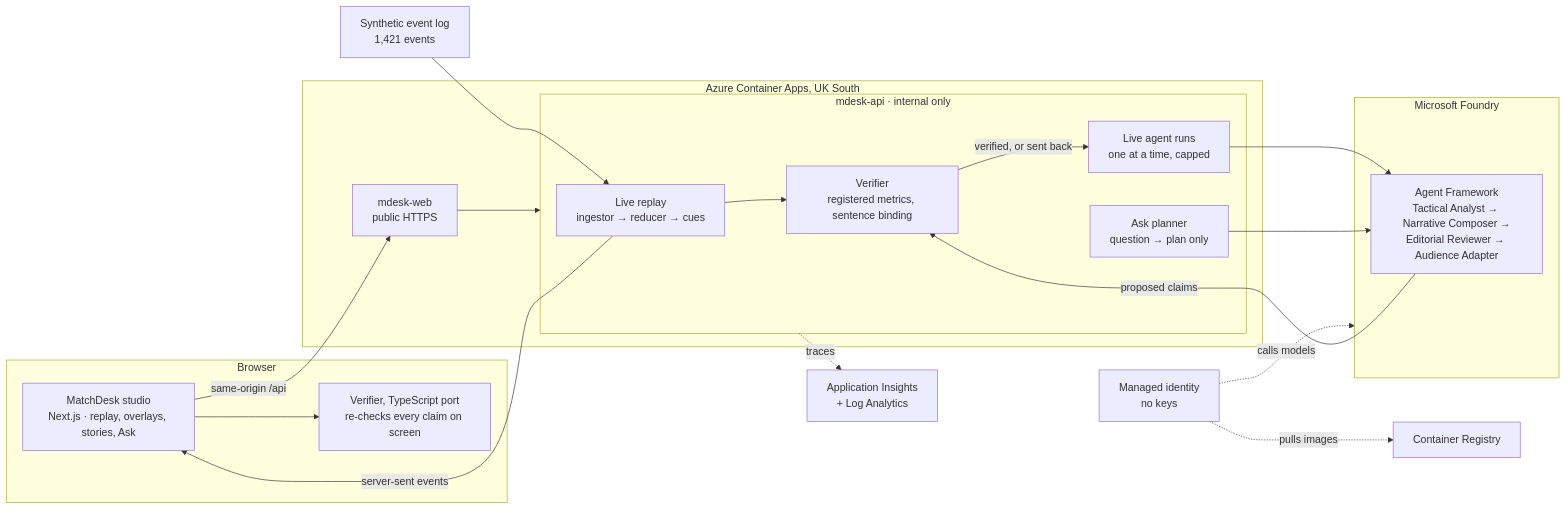
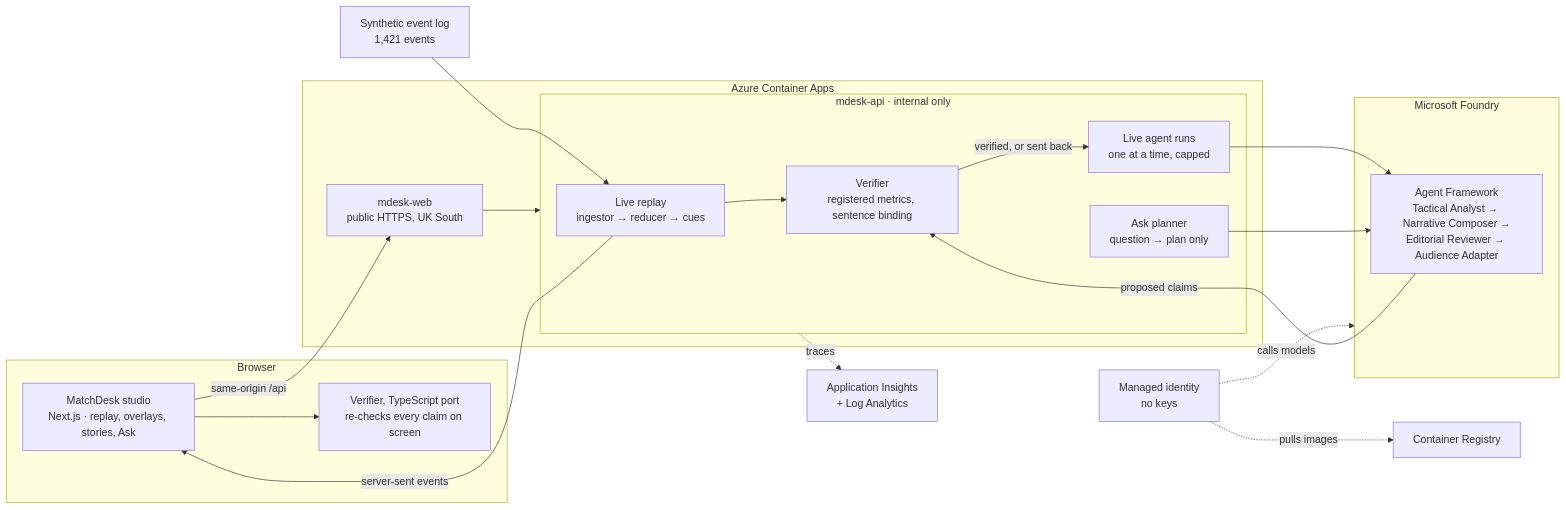
Before and after one commit to GOkwori/matchdesk: the diagram in README.md, drawn with Mermaid. The commit also changed other lines of this file and 9 other files, not shown here.

First line of the commit message:
Render Mermaid diagrams as images

````diff
--- a/README.md
+++ b/README.md
@@ -78,35 +83,35 @@
 ```mermaid
 flowchart LR
     subgraph Browser["Browser"]
         UI["MatchDesk studio<br/>Next.js · replay, overlays, stories, Ask"]
         BV["Verifier, TypeScript port<br/>re-checks every claim on screen"]
     end
-    subgraph ACA["Azure Container Apps, UK South"]
-        WEB["mdesk-web<br/>public HTTPS"]
+    subgraph ACA["Azure Container Apps"]
+        WEB["mdesk-web<br/>public HTTPS, UK South"]
         subgraph APIBOX["mdesk-api · internal only"]
             LIVE["Live replay<br/>ingestor → reducer → cues"]
             RUNS["Live agent runs<br/>one at a time, capped"]
             PLAN["Ask planner<br/>question → plan only"]
             VER["Verifier<br/>registered metrics, sentence binding"]
         end
     end
     subgraph FOUNDRY["Microsoft Foundry"]
         AF["Agent Framework<br/>Tactical Analyst → Narrative Composer →<br/>Editorial Reviewer → Audience Adapter"]
     end
     LOG["Synthetic event log<br/>1,421 events"]
     AI["Application Insights<br/>+ Log Analytics"]
     ACR["Container Registry"]
     ID["Managed identity<br/>no keys"]
 
     UI -- "same-origin /api" --> WEB --> APIBOX
     LOG --> LIVE --> VER
     RUNS --> AF
     PLAN --> AF
     AF -- "proposed claims" --> VER
     VER -- "verified, or sent back" --> RUNS
     LIVE -- "server-sent events" --> UI
     UI --> BV
     APIBOX -. traces .-> AI
     ID -. pulls images .-> ACR
     ID -. calls models .-> FOUNDRY
 ```
````
